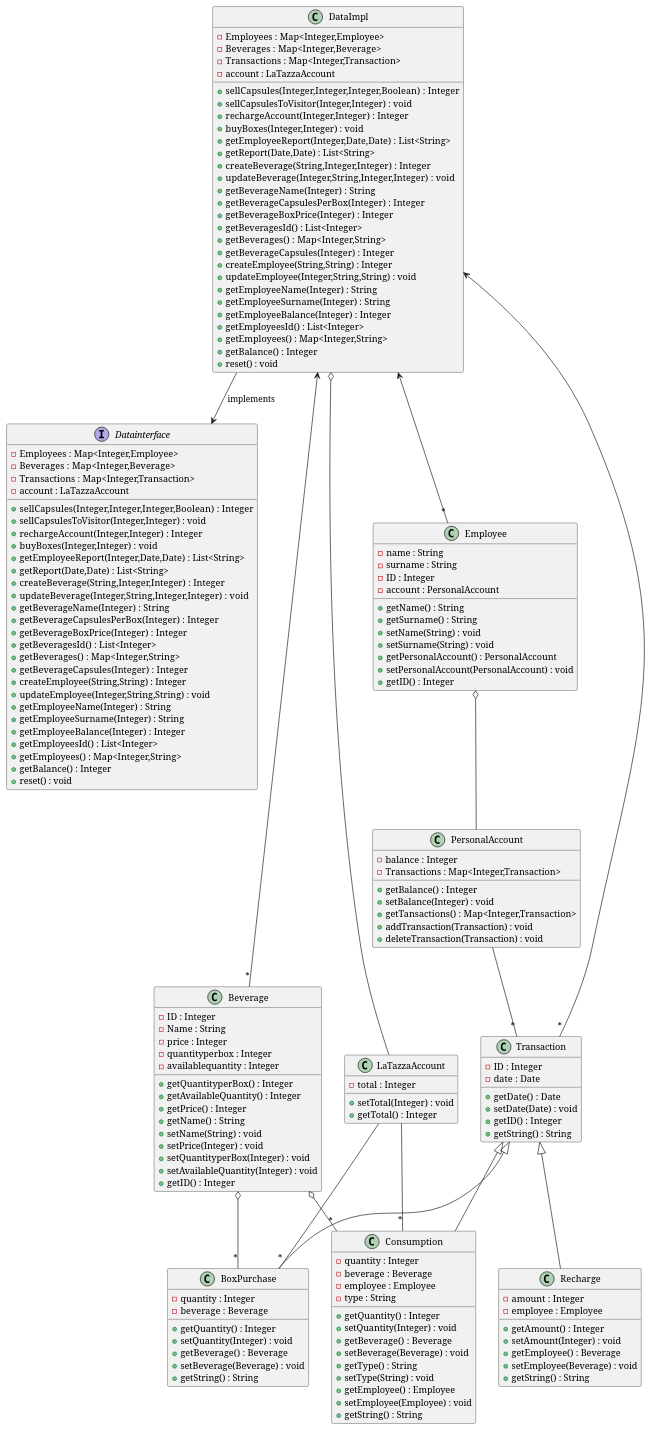
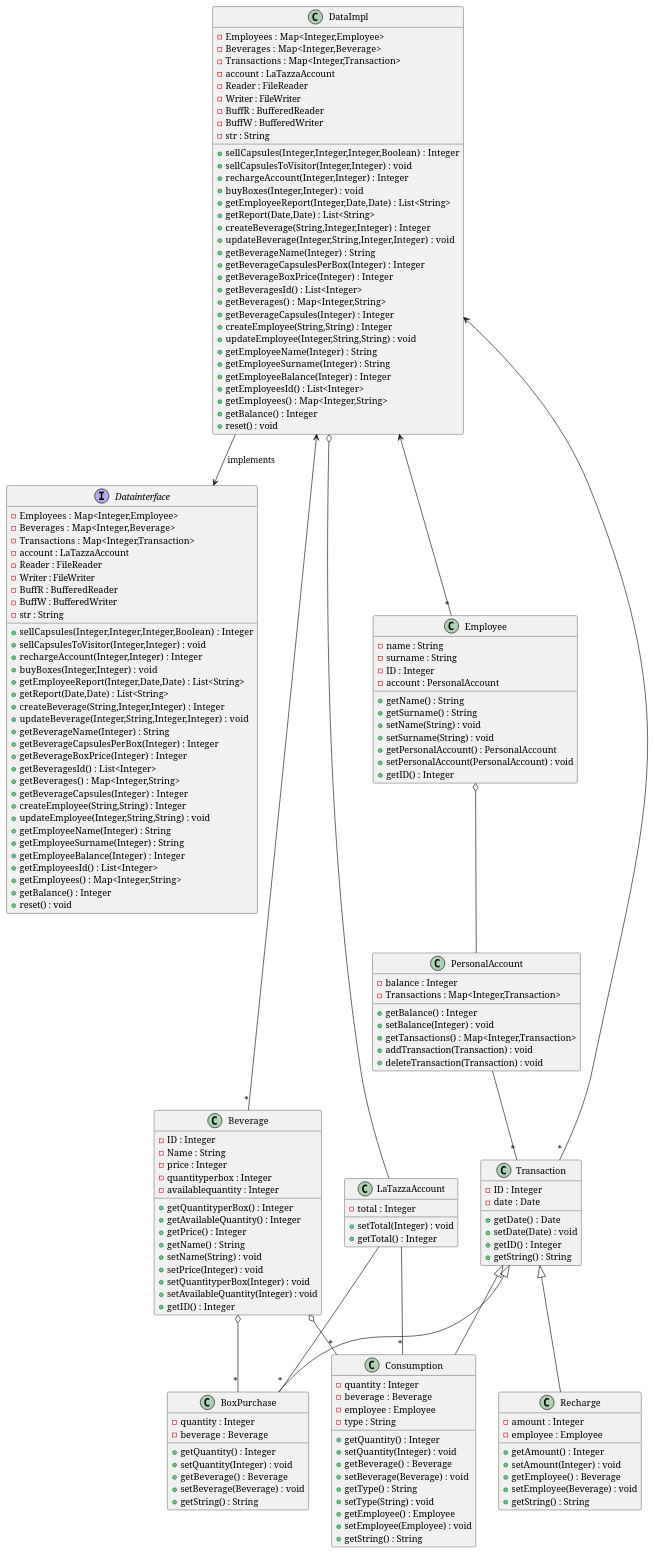
Before and after one commit to salvatore-dimartino/LaTazza: the third of 7 diagrams in templates/DesignDocumentTemplate.md, drawn with PlantUML.

```diff
--- a/templates/DesignDocumentTemplate.md
+++ b/templates/DesignDocumentTemplate.md
@@ -76,6 +76,11 @@
     -Beverages : Map<Integer,Beverage>
     -Transactions : Map<Integer,Transaction>
     -account : LaTazzaAccount
+    -Reader : FileReader
+    -Writer : FileWriter
+    -BuffR : BufferedReader
+    -BuffW : BufferedWriter
+    -str : String
     
     +sellCapsules(Integer,Integer,Integer,Boolean) : Integer
     +sellCapsulesToVisitor(Integer,Integer) : void
@@ -108,6 +113,11 @@
     -Beverages : Map<Integer,Beverage>
     -Transactions : Map<Integer,Transaction>
     -account : LaTazzaAccount
+    -Reader : FileReader
+    -Writer : FileWriter
+    -BuffR : BufferedReader
+    -BuffW : BufferedWriter
+    -str : String
     
     +sellCapsules(Integer,Integer,Integer,Boolean) : Integer
     +sellCapsulesToVisitor(Integer,Integer) : void
```
